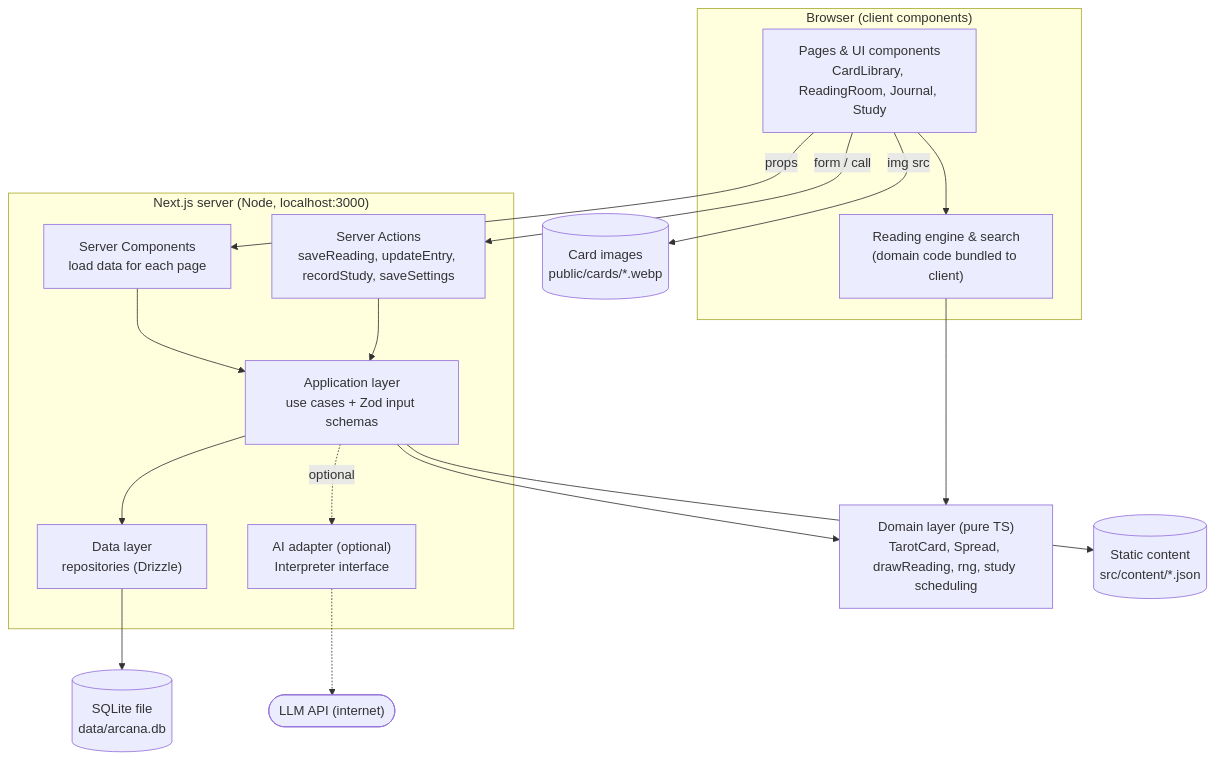
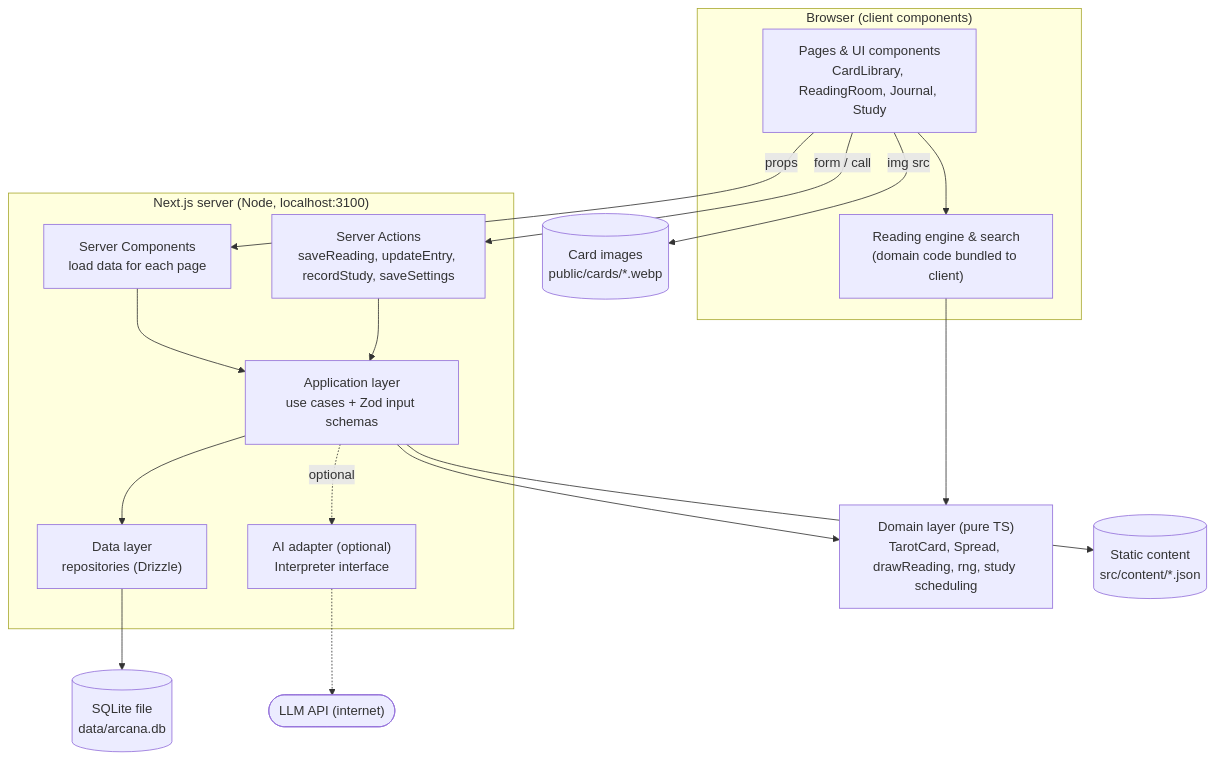
Before and after one commit to trietle1208/arcana-starter: the diagram in docs/TECH_DESIGN.md, drawn with Mermaid. The commit also changed other lines of this file and 129 other files, not shown here.

````diff
--- a/docs/TECH_DESIGN.md
+++ b/docs/TECH_DESIGN.md
@@ -47,35 +47,35 @@
 ```mermaid
 flowchart TB
   subgraph Browser["Browser (client components)"]
     UI["Pages & UI components<br/>CardLibrary, ReadingRoom, Journal, Study"]
     ENG["Reading engine & search<br/>(domain code bundled to client)"]
   end
 
-  subgraph Server["Next.js server (Node, localhost:3000)"]
+  subgraph Server["Next.js server (Node, localhost:3100)"]
     RSC["Server Components<br/>load data for each page"]
     SA["Server Actions<br/>saveReading, updateEntry, recordStudy, saveSettings"]
     APP["Application layer<br/>use cases + Zod input schemas"]
     REPO["Data layer<br/>repositories (Drizzle)"]
     AI["AI adapter (optional)<br/>Interpreter interface"]
   end
 
   DOM["Domain layer (pure TS)<br/>TarotCard, Spread, drawReading, rng, study scheduling"]
   CONTENT[("Static content<br/>src/content/*.json")]
   DB[("SQLite file<br/>data/arcana.db")]
   IMG[("Card images<br/>public/cards/*.webp")]
   LLM(["LLM API (internet)"])
 
   UI -->|props| RSC
   UI -->|form / call| SA
   UI --> ENG
   ENG --> DOM
   RSC --> APP
   SA --> APP
   APP --> DOM
   APP --> REPO
   APP -.optional.-> AI
   AI -.-> LLM
   REPO --> DB
   APP --> CONTENT
   UI -->|img src| IMG
 ```
````
